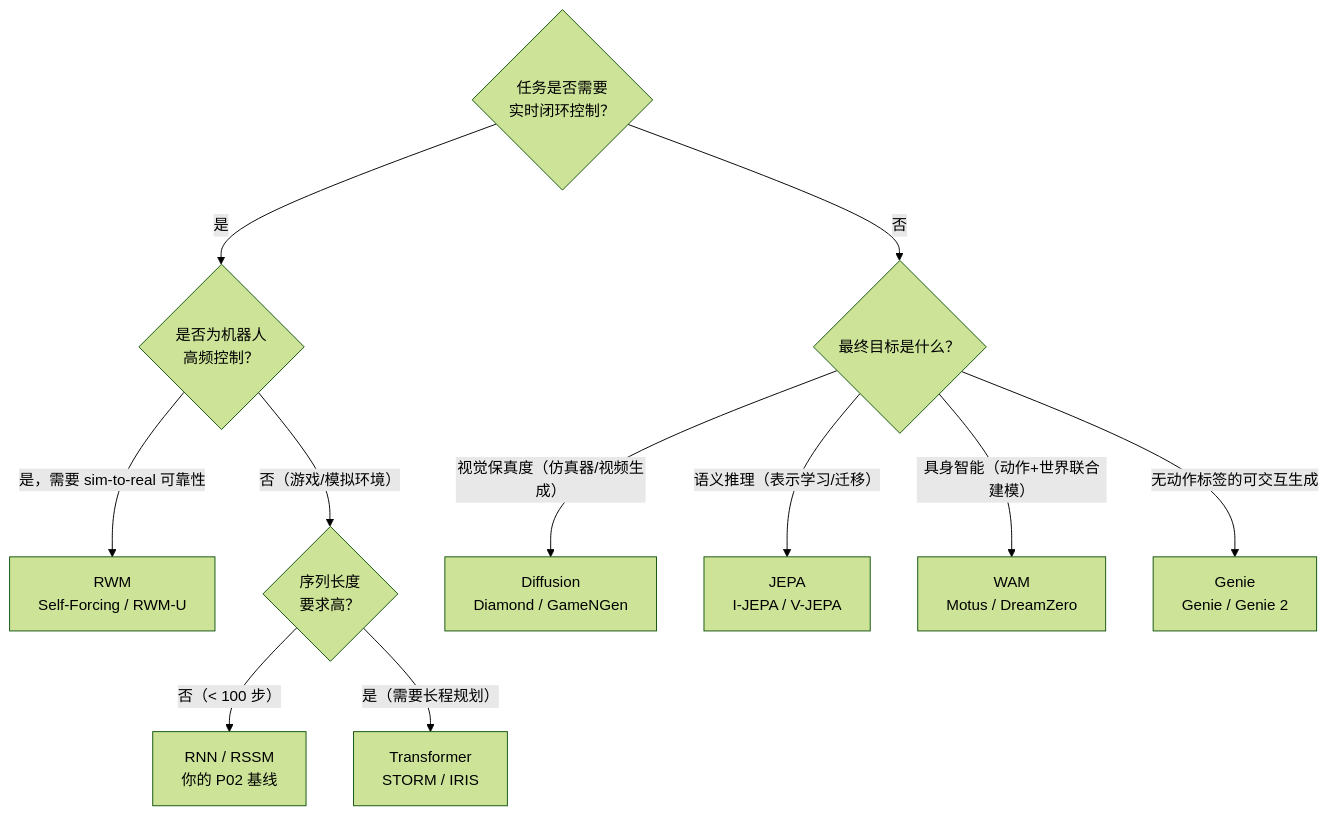
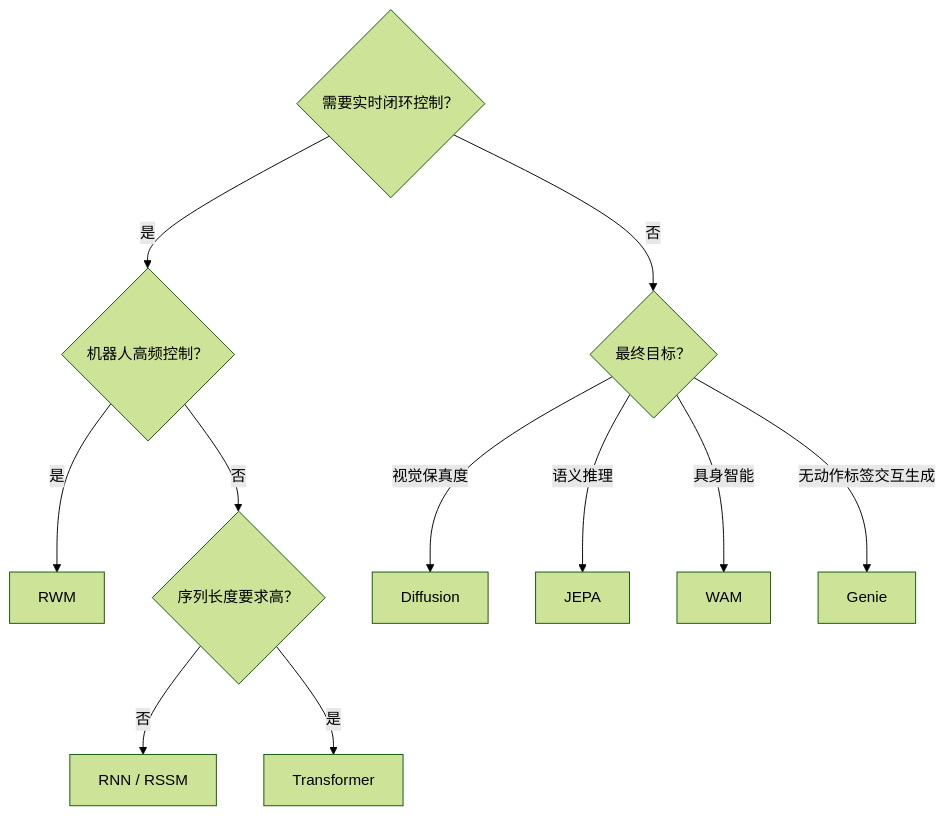
One commit to zhimin-z/learn-world-model changed the diagram in docs/zh/lectures/lecture-03-architecture-patterns/03-architectures-genie-wam.md. Above: the diagram before and after it, drawn with Mermaid (forest theme). The commit also changed 9 other files, not shown here.

````diff
--- a/docs/zh/lectures/lecture-03-architecture-patterns/03-architectures-genie-wam.md
+++ b/docs/zh/lectures/lecture-03-architecture-patterns/03-architectures-genie-wam.md
@@ -70,14 +70,14 @@
 ```mermaid
 flowchart TD
-    Q1{任务是否需要\n实时闭环控制？}
-    Q1 -->|是| Q2{是否为机器人\n高频控制？}
-    Q1 -->|否| Q3{最终目标是什么？}
-    Q2 -->|是，需要 sim-to-real 可靠性| R1["RWM\nSelf-Forcing / RWM-U"]
-    Q2 -->|否（游戏/模拟环境）| Q4{序列长度\n要求高？}
-    Q4 -->|否（< 100 步）| R2["RNN / RSSM\n你的 P02 基线"]
-    Q4 -->|是（需要长程规划）| R3["Transformer\nSTORM / IRIS"]
-    Q3 -->|视觉保真度（仿真器/视频生成）| R4["Diffusion\nDiamond / GameNGen"]
-    Q3 -->|语义推理（表示学习/迁移）| R5["JEPA\nI-JEPA / V-JEPA"]
-    Q3 -->|具身智能（动作+世界联合建模）| R6["WAM\nMotus / DreamZero"]
-    Q3 -->|无动作标签的可交互生成| R7["Genie\nGenie / Genie 2"]
+    Q1{需要实时闭环控制？}
+    Q1 -->|是| Q2{机器人高频控制？}
+    Q1 -->|否| Q3{最终目标？}
+    Q2 -->|是| R1[RWM]
+    Q2 -->|否| Q4{序列长度要求高？}
+    Q4 -->|否| R2[RNN / RSSM]
+    Q4 -->|是| R3[Transformer]
+    Q3 -->|视觉保真度| R4[Diffusion]
+    Q3 -->|语义推理| R5[JEPA]
+    Q3 -->|具身智能| R6[WAM]
+    Q3 -->|无动作标签交互生成| R7[Genie]
 ```
````
